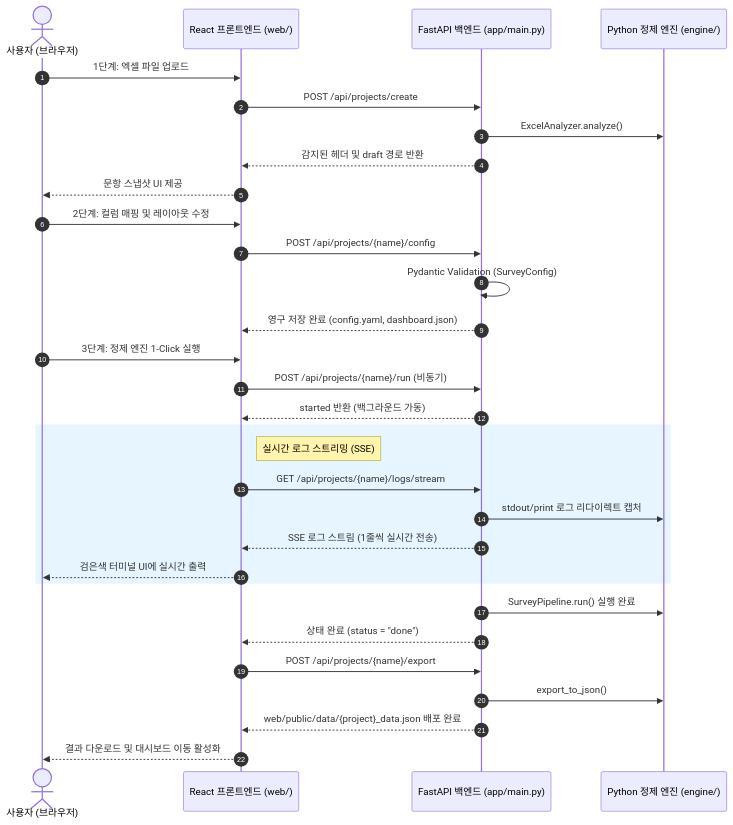
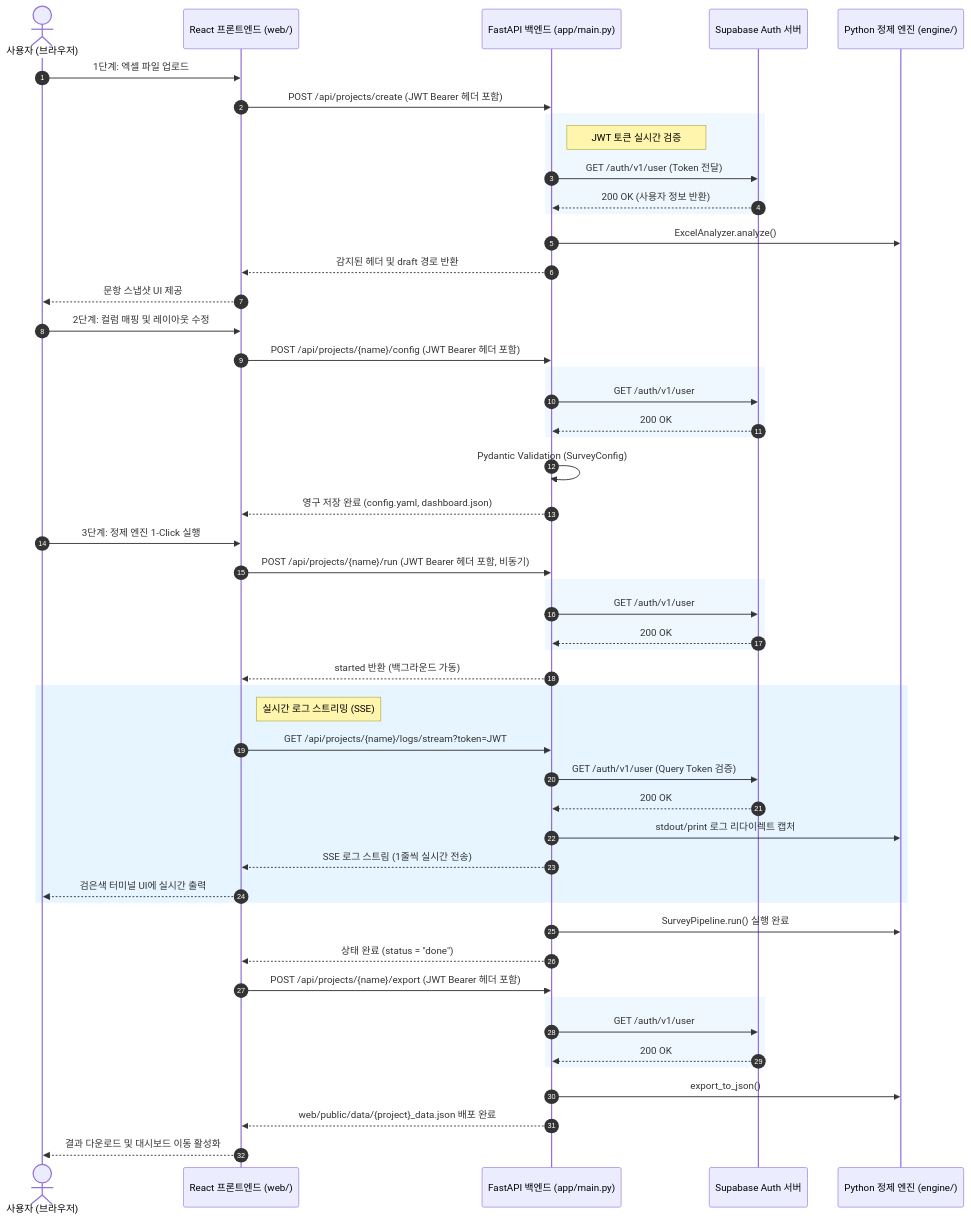
The second of 2 diagrams in GUIDE.md (chamgil71/clearsurvey), drawn with Mermaid before and after one commit. The commit also changed other lines of this file and 22 other files, not shown here.

Commit message:
feat: excel chart dashboard integration, slicer bug fix, auth security, and docker setup

````diff
--- a/GUIDE.md
+++ b/GUIDE.md
@@ -72,38 +72,58 @@
 ```mermaid
 sequenceDiagram
     autonumber
     actor User as 사용자 (브라우저)
     participant Client as React 프론트엔드 (web/)
     participant API as FastAPI 백엔드 (app/main.py)
+    participant Auth as Supabase Auth 서버
     participant Engine as Python 정제 엔진 (engine/)
 
     User->>Client: 1단계: 엑셀 파일 업로드
-    Client->>API: POST /api/projects/create
+    Client->>API: POST /api/projects/create (JWT Bearer 헤더 포함)
+    rect rgb(240, 248, 255)
+        note right of API: JWT 토큰 실시간 검증
+        API->>Auth: GET /auth/v1/user (Token 전달)
+        Auth-->>API: 200 OK (사용자 정보 반환)
+    end
     API->>Engine: ExcelAnalyzer.analyze()
     API-->>Client: 감지된 헤더 및 draft 경로 반환
     Client-->>User: 문항 스냅샷 UI 제공
 
     User->>Client: 2단계: 컬럼 매핑 및 레이아웃 수정
-    Client->>API: POST /api/projects/{name}/config
+    Client->>API: POST /api/projects/{name}/config (JWT Bearer 헤더 포함)
+    rect rgb(240, 248, 255)
+        API->>Auth: GET /auth/v1/user
+        Auth-->>API: 200 OK
+    end
     API->>API: Pydantic Validation (SurveyConfig)
     API-->>Client: 영구 저장 완료 (config.yaml, dashboard.json)
 
     User->>Client: 3단계: 정제 엔진 1-Click 실행
-    Client->>API: POST /api/projects/{name}/run (비동기)
+    Client->>API: POST /api/projects/{name}/run (JWT Bearer 헤더 포함, 비동기)
+    rect rgb(240, 248, 255)
+        API->>Auth: GET /auth/v1/user
+        Auth-->>API: 200 OK
+    end
     API-->>Client: started 반환 (백그라운드 가동)
     
     rect rgb(230, 245, 255)
         note right of Client: 실시간 로그 스트리밍 (SSE)
-        Client->>API: GET /api/projects/{name}/logs/stream
+        Client->>API: GET /api/projects/{name}/logs/stream?token=JWT
+        API->>Auth: GET /auth/v1/user (Query Token 검증)
+        Auth-->>API: 200 OK
         API->>Engine: stdout/print 로그 리다이렉트 캡처
         API-->>Client: SSE 로그 스트림 (1줄씩 실시간 전송)
         Client-->>User: 검은색 터미널 UI에 실시간 출력
     end
 
     API->>Engine: SurveyPipeline.run() 실행 완료
     API-->>Client: 상태 완료 (status = "done")
-    Client->>API: POST /api/projects/{name}/export
+    Client->>API: POST /api/projects/{name}/export (JWT Bearer 헤더 포함)
+    rect rgb(240, 248, 255)
+        API->>Auth: GET /auth/v1/user
+        Auth-->>API: 200 OK
+    end
     API->>Engine: export_to_json()
     API-->>Client: web/public/data/{project}_data.json 배포 완료
     Client-->>User: 결과 다운로드 및 대시보드 이동 활성화
 ```
````
